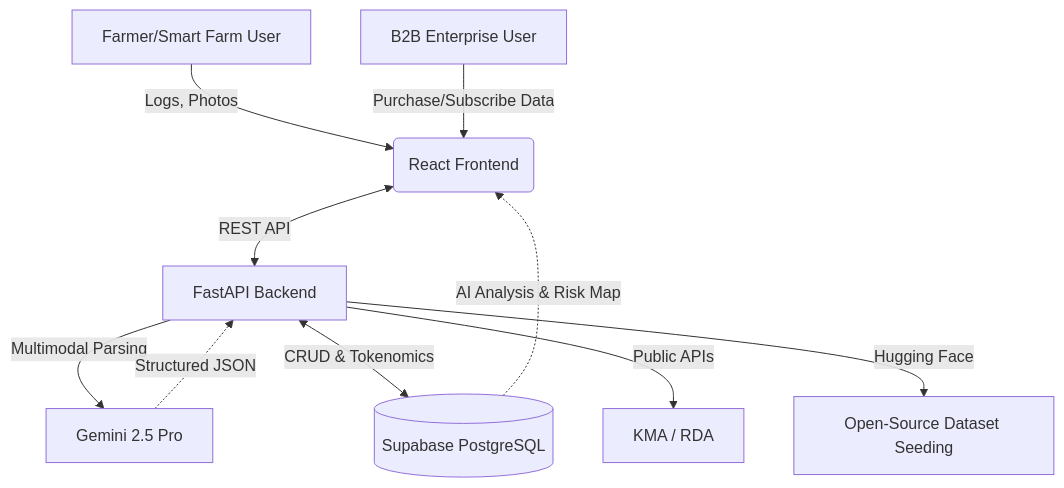
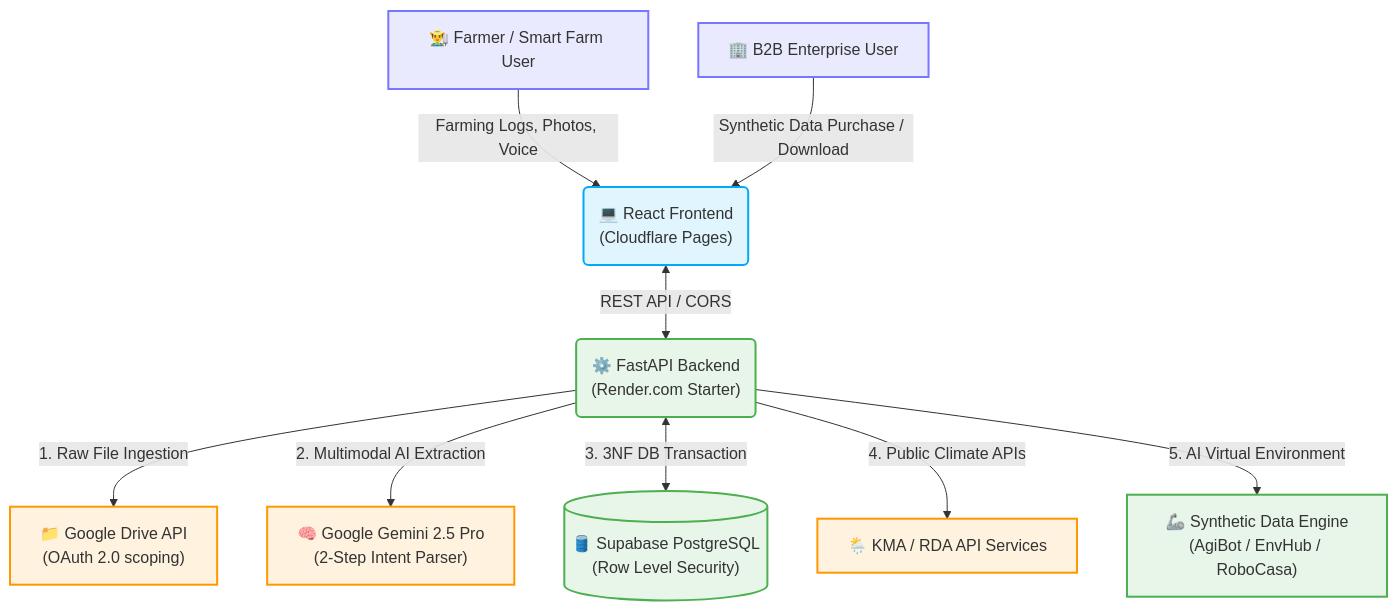
The diagram in README_EN.md (softkleenex/livinglab_2026), drawn with Mermaid before and after one commit. The commit also changed other lines of this file and 26 other files, not shown here.

````diff
--- a/README_EN.md
+++ b/README_EN.md
@@ -31,14 +106,22 @@
 ```mermaid
 graph TD
-    A[Farmer/Smart Farm User] -->|Logs, Photos| B(React Frontend)
-    C[B2B Enterprise User] -->|Purchase/Subscribe Data| B
-    B <-->|REST API| D[FastAPI Backend]
+    %% Style Definitions
+    classDef actor fill:#eaeaff,stroke:#7777ff,stroke-width:2px;
+    classDef client fill:#e1f5fe,stroke:#03a9f4,stroke-width:2px;
+    classDef server fill:#e8f5e9,stroke:#4caf50,stroke-width:2px;
+    classDef ext fill:#fff3e0,stroke:#ff9800,stroke-width:2px;
+
+    A["👨‍🌾 Farmer / Smart Farm User"]:::actor -->|Farming Logs, Photos, Voice| B("💻 React Frontend<br/>(Cloudflare Pages)"):::client
+    C["🏢 B2B Enterprise User"]:::actor -->|Synthetic Data Purchase / Download| B
     
-    D -->|Multimodal Parsing| E[Gemini 2.5 Pro]
-    D <-->|CRUD & Tokenomics| F[(Supabase PostgreSQL)]
-    D -->|Public APIs| G[KMA / RDA]
-    D -->|Hugging Face| H[Open-Source Dataset Seeding]
-    
-    E -.->|Structured JSON| D
-    F -.->|AI Analysis & Risk Map| B
+    B <-->|REST API / CORS| D("⚙️ FastAPI Backend<br/>(Render.com Starter)"):::server
+
+    D -->|1. Raw File Ingestion| E["📁 Google Drive API<br/>(OAuth 2.0 scoping)"]:::ext
+    D -->|2. Multimodal AI Extraction| F["🧠 Google Gemini 2.5 Pro<br/>(2-Step Intent Parser)"]:::ext
+    D <-->|3. 3NF DB Transaction| G[("🛢️ Supabase PostgreSQL<br/>(Row Level Security)")]:::server
+    D -->|4. Public Climate APIs| H["🌦️ KMA / RDA API Services"]:::ext
+    D -->|5. AI Virtual Environment| I["🦾 Synthetic Data Engine<br/>(AgiBot / EnvHub / RoboCasa)"]:::server
+
+    class G,D server;
+    class B client;
 ```
````
